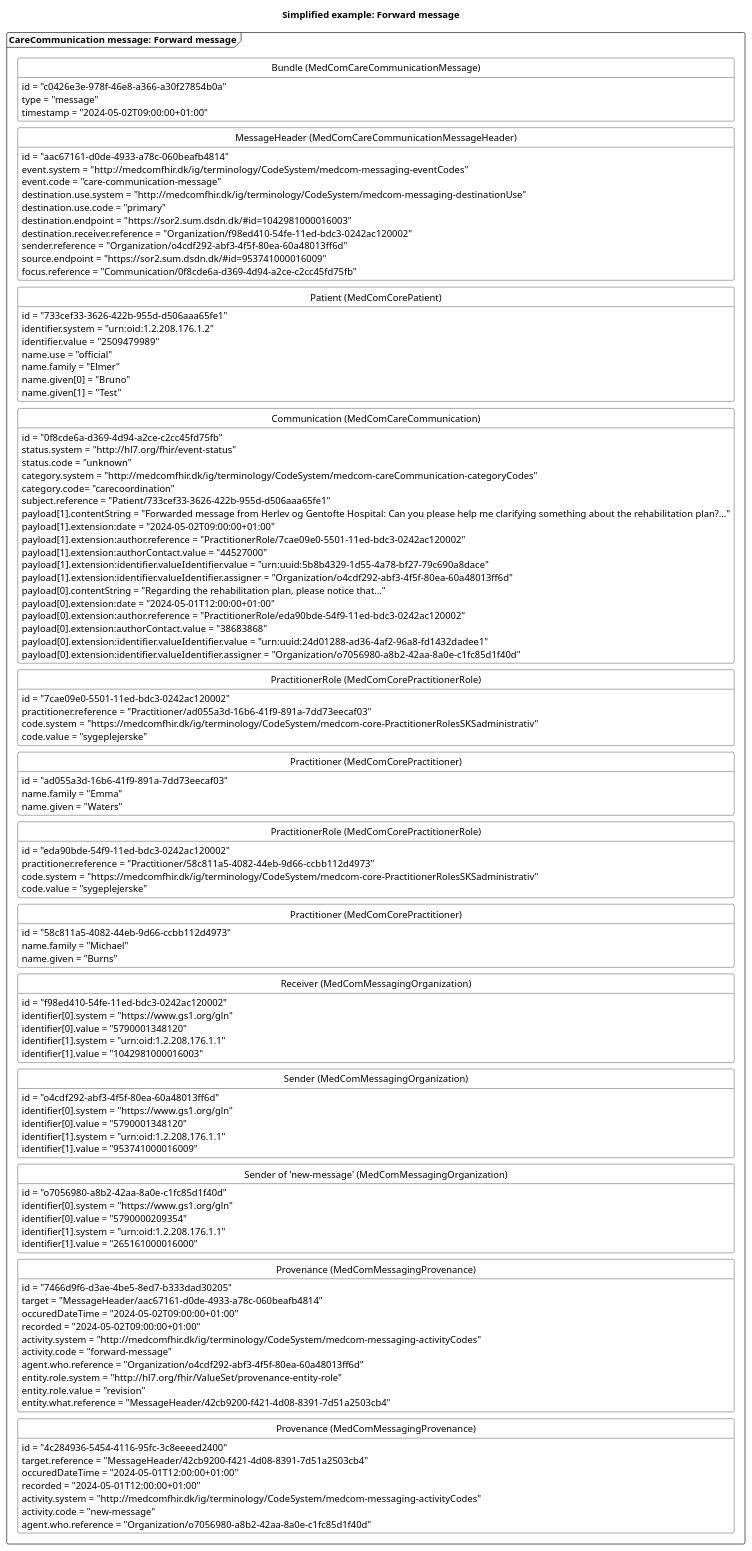
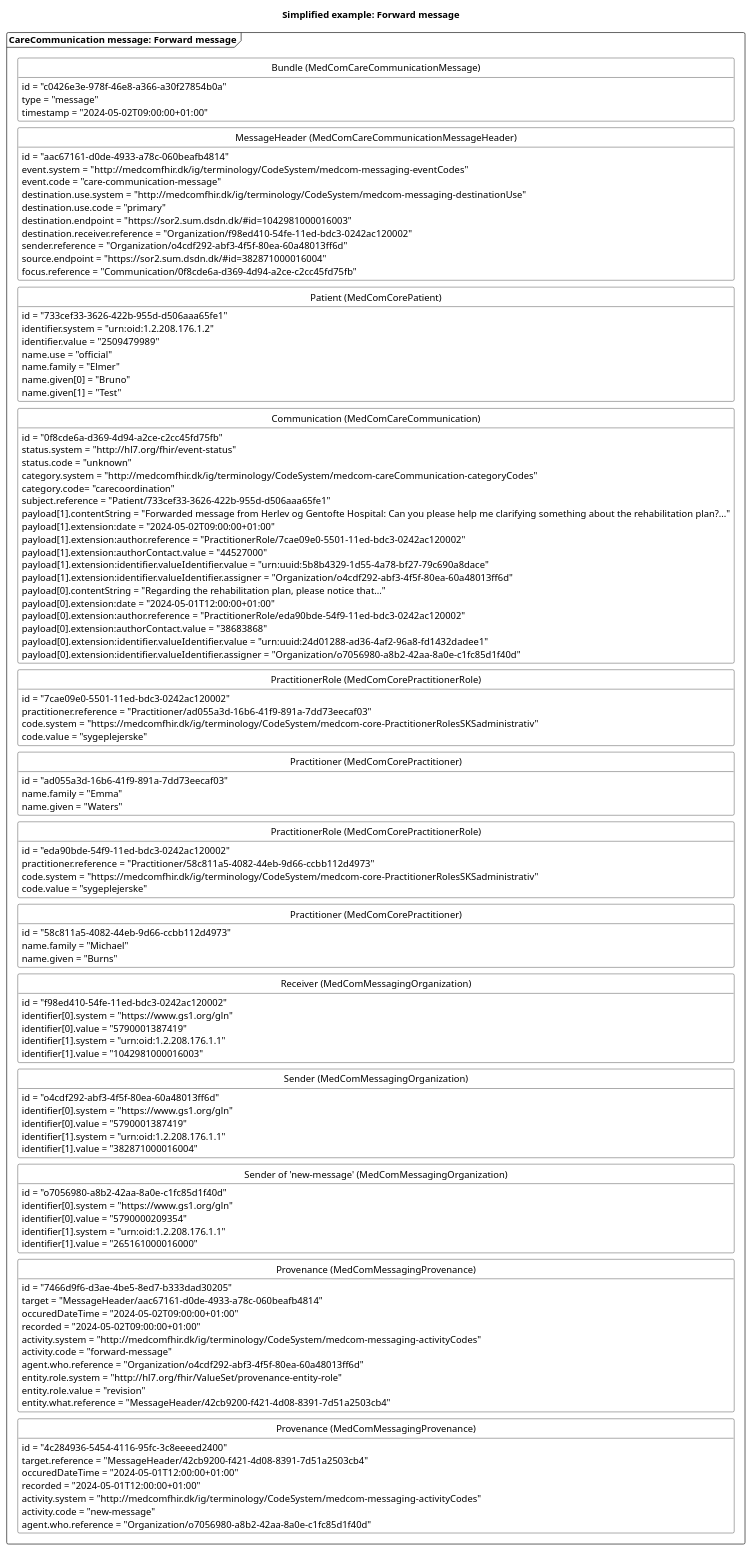
Before and after one commit to medcomdk/dk-medcom-carecommunication: the diagram in puml/CareCommunicationForwardMessage.puml, drawn with PlantUML. The commit also changed 29 other files, not shown here.

Commit message:
updated: R-A, R-B, R-C, R-E, R-H, S-A og S-E med nyt SOR som ikke er lukket

```diff
--- a/puml/CareCommunicationForwardMessage.puml
+++ b/puml/CareCommunicationForwardMessage.puml
@@ -1,145 +1,145 @@
 @startuml CCForwardMessage2
 
 'layout
 skinparam class {
     BackgroundColor White
     BorderColor Black
     ArrowColor Black
   }
 hide circle
 hide empty members
 skinparam SameClassWidth true
 skinparam Ranksep 10
 
 
 'title
 title Simplified example: Forward message
 
 'Message 1: Forward message
 package "CareCommunication message: Forward message" as forward <<Frame>>{
     class "Bundle (MedComCareCommunicationMessage)" as forwardB {
         id = "c0426e3e-978f-46e8-a366-a30f27854b0a"
         type = "message"
         timestamp = "2024-05-02T09:00:00+01:00"
     }
     class "MessageHeader (MedComCareCommunicationMessageHeader)" as forwardMH{
         id = "aac67161-d0de-4933-a78c-060beafb4814"
         event.system = "http://medcomfhir.dk/ig/terminology/CodeSystem/medcom-messaging-eventCodes"
         event.code = "care-communication-message"
         destination.use.system = "http://medcomfhir.dk/ig/terminology/CodeSystem/medcom-messaging-destinationUse"
         destination.use.code = "primary"
         destination.endpoint = "https://sor2.sum.dsdn.dk/#id=1042981000016003"
         destination.receiver.reference = "Organization/f98ed410-54fe-11ed-bdc3-0242ac120002"
         sender.reference = "Organization/o4cdf292-abf3-4f5f-80ea-60a48013ff6d"
-        source.endpoint = "https://sor2.sum.dsdn.dk/#id=953741000016009"
+        source.endpoint = "https://sor2.sum.dsdn.dk/#id=382871000016004"
         focus.reference = "Communication/0f8cde6a-d369-4d94-a2ce-c2cc45fd75fb"
     }
     class "Patient (MedComCorePatient)" as forwardPT{
         id = "733cef33-3626-422b-955d-d506aaa65fe1"
         identifier.system = "urn:oid:1.2.208.176.1.2"
         identifier.value = "2509479989"
         name.use = "official"
         name.family = "Elmer"
         name.given[0] = "Bruno"
         name.given[1] = "Test"
     }
     class "Communication (MedComCareCommunication)" as forwardCom{
         id = "0f8cde6a-d369-4d94-a2ce-c2cc45fd75fb"
         status.system = "http://hl7.org/fhir/event-status" 
         status.code = "unknown"
         category.system = "http://medcomfhir.dk/ig/terminology/CodeSystem/medcom-careCommunication-categoryCodes"
         category.code= "carecoordination"
         subject.reference = "Patient/733cef33-3626-422b-955d-d506aaa65fe1"
         payload[1].contentString = "Forwarded message from Herlev og Gentofte Hospital: Can you please help me clarifying something about the rehabilitation plan?..."
         payload[1].extension:date = "2024-05-02T09:00:00+01:00"
         payload[1].extension:author.reference = "PractitionerRole/7cae09e0-5501-11ed-bdc3-0242ac120002"
         payload[1].extension:authorContact.value = "44527000"
         payload[1].extension:identifier.valueIdentifier.value = "urn:uuid:5b8b4329-1d55-4a78-bf27-79c690a8dace"
         payload[1].extension:identifier.valueIdentifier.assigner = "Organization/o4cdf292-abf3-4f5f-80ea-60a48013ff6d"
         payload[0].contentString = "Regarding the rehabilitation plan, please notice that..."
         payload[0].extension:date = "2024-05-01T12:00:00+01:00"
         payload[0].extension:author.reference = "PractitionerRole/eda90bde-54f9-11ed-bdc3-0242ac120002"
         payload[0].extension:authorContact.value = "38683868"
         payload[0].extension:identifier.valueIdentifier.value = "urn:uuid:24d01288-ad36-4af2-96a8-fd1432dadee1"
         payload[0].extension:identifier.valueIdentifier.assigner = "Organization/o7056980-a8b2-42aa-8a0e-c1fc85d1f40d"
     }
     class "PractitionerRole (MedComCorePractitionerRole)" as forwardPracR{
         id = "7cae09e0-5501-11ed-bdc3-0242ac120002"
         practitioner.reference = "Practitioner/ad055a3d-16b6-41f9-891a-7dd73eecaf03"
         code.system = "https://medcomfhir.dk/ig/terminology/CodeSystem/medcom-core-PractitionerRolesSKSadministrativ"
         code.value = "sygeplejerske"
     }
     class "Practitioner (MedComCorePractitioner)" as forwardPrac{
         id = "ad055a3d-16b6-41f9-891a-7dd73eecaf03"
         name.family = "Emma"
         name.given = "Waters"
     }
     class "PractitionerRole (MedComCorePractitionerRole)" as newPracR{
         id = "eda90bde-54f9-11ed-bdc3-0242ac120002"
         practitioner.reference = "Practitioner/58c811a5-4082-44eb-9d66-ccbb112d4973"
         code.system = "https://medcomfhir.dk/ig/terminology/CodeSystem/medcom-core-PractitionerRolesSKSadministrativ"
         code.value = "sygeplejerske"
     }
     class "Practitioner (MedComCorePractitioner)" as newPrac{
         id = "58c811a5-4082-44eb-9d66-ccbb112d4973"
         name.family = "Michael"
         name.given = "Burns"
     }
     class "Receiver (MedComMessagingOrganization)" as forwardROrg{
         id = "f98ed410-54fe-11ed-bdc3-0242ac120002"
         identifier[0].system = "https://www.gs1.org/gln"
-        identifier[0].value = "5790001348120"
+        identifier[0].value = "5790001387419"
         identifier[1].system = "urn:oid:1.2.208.176.1.1"
         identifier[1].value = "1042981000016003"
     }
     class "Sender (MedComMessagingOrganization)" as forwardSOrg{
         id = "o4cdf292-abf3-4f5f-80ea-60a48013ff6d"
         identifier[0].system = "https://www.gs1.org/gln"
-        identifier[0].value = "5790001348120"
+        identifier[0].value = "5790001387419"
         identifier[1].system = "urn:oid:1.2.208.176.1.1"
-        identifier[1].value = "953741000016009"
+        identifier[1].value = "382871000016004"
     }
     class "Sender of 'new-message' (MedComMessagingOrganization)" as senderOrg{
         id = "o7056980-a8b2-42aa-8a0e-c1fc85d1f40d"
         identifier[0].system = "https://www.gs1.org/gln"
         identifier[0].value = "5790000209354"
         identifier[1].system = "urn:oid:1.2.208.176.1.1"
         identifier[1].value = "265161000016000"
     }
     class "Provenance (MedComMessagingProvenance)" as forwardPRO{
         id = "7466d9f6-d3ae-4be5-8ed7-b333dad30205"
         target = "MessageHeader/aac67161-d0de-4933-a78c-060beafb4814"
         occuredDateTime = "2024-05-02T09:00:00+01:00"
         recorded = "2024-05-02T09:00:00+01:00"
         activity.system = "http://medcomfhir.dk/ig/terminology/CodeSystem/medcom-messaging-activityCodes"
         activity.code = "forward-message"
         agent.who.reference = "Organization/o4cdf292-abf3-4f5f-80ea-60a48013ff6d"
         entity.role.system = "http://hl7.org/fhir/ValueSet/provenance-entity-role"
         entity.role.value = "revision"
         entity.what.reference = "MessageHeader/42cb9200-f421-4d08-8391-7d51a2503cb4"
     }
     class "Provenance (MedComMessagingProvenance)" as newPRO{
         id = "4c284936-5454-4116-95fc-3c8eeeed2400"
         target.reference = "MessageHeader/42cb9200-f421-4d08-8391-7d51a2503cb4"
         occuredDateTime = "2024-05-01T12:00:00+01:00"
         recorded = "2024-05-01T12:00:00+01:00"
         activity.system = "http://medcomfhir.dk/ig/terminology/CodeSystem/medcom-messaging-activityCodes"
         activity.code = "new-message"
         agent.who.reference = "Organization/o7056980-a8b2-42aa-8a0e-c1fc85d1f40d"
     }
 
 forwardB -[hidden]- forwardMH
 forwardMH -[hidden]-forwardPT
 forwardPT-[hidden]-forwardCom
 forwardCom -[hidden]-forwardPracR
 forwardPracR-[hidden]-forwardPrac
 forwardPrac-[hidden]-newPracR
 newPracR-[hidden]-newPrac
 newPrac-[hidden]-forwardROrg
 forwardROrg-[hidden]- forwardSOrg
 forwardSOrg-[hidden]-senderOrg
 senderOrg-[hidden]-forwardPRO
 forwardPRO-[hidden]-newPRO
 
 
 @enduml
```
